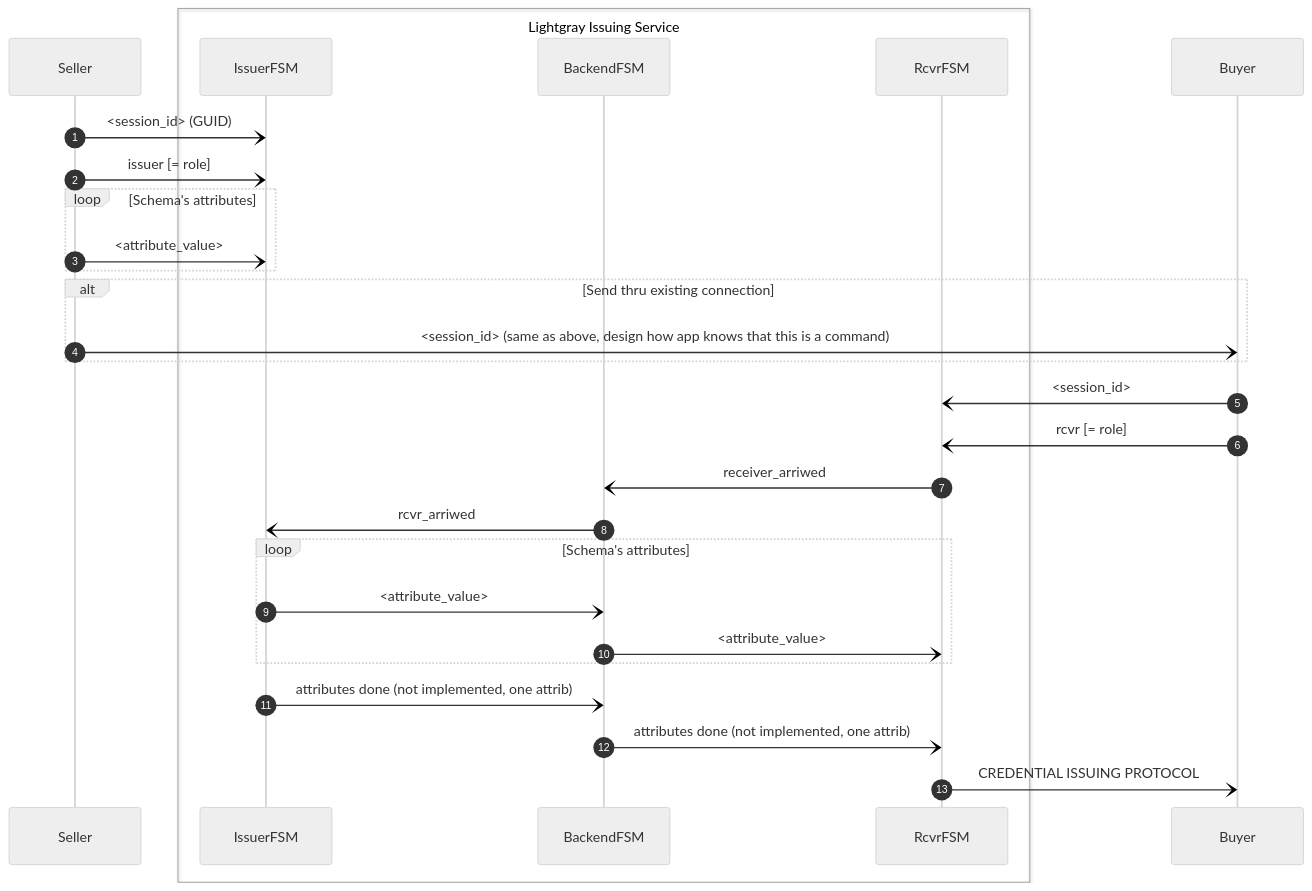
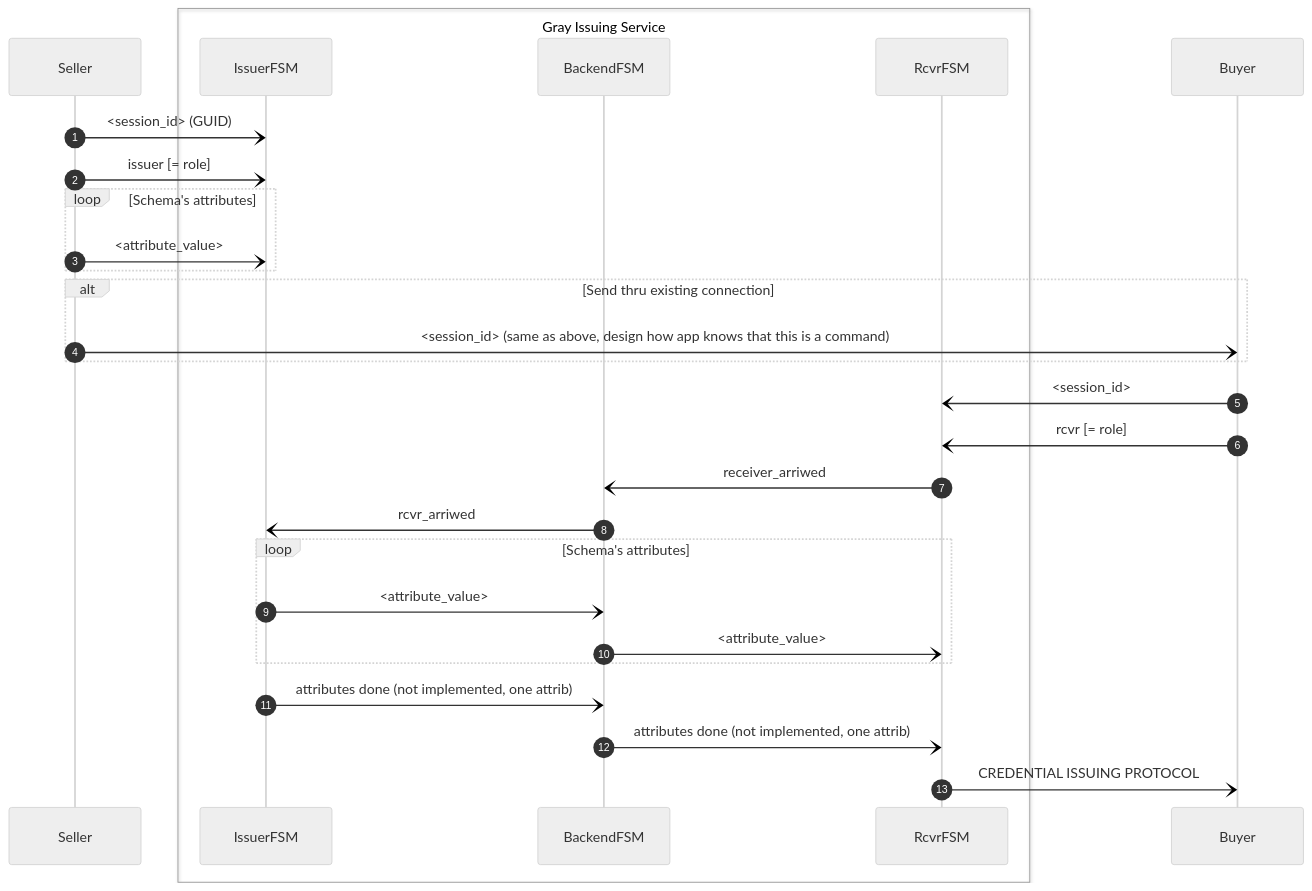
One commit to findy-network/findy-agent-cli changed the diagram in scripts/fullstack/fsm/README.md. Above: the diagram before and after it, drawn with Mermaid (neutral theme). The commit also changed other lines of this file, not shown here.

Commit message:
no Lightgray, use gray

````diff
--- a/scripts/fullstack/fsm/README.md
+++ b/scripts/fullstack/fsm/README.md
@@ -183,38 +183,38 @@
 ```mermaid
 sequenceDiagram
     autonumber
 
     participant Seller
 
-    box transparent Lightgray Issuing Service
+    box transparent Gray Issuing Service
     participant IssuerFSM
     participant BackendFSM
     participant RcvrFSM
     end
 
     participant Buyer
 
     Seller -) IssuerFSM: <session_id> (GUID)
     Seller -) IssuerFSM: issuer [= role]
     loop Schema's attributes
     Seller -) IssuerFSM: <attribute_value>
     end
 
     alt Send thru existing connection 
     Seller -) Buyer: <session_id> (same as above, design how app knows that this is a command)
     end
 
     Buyer -) RcvrFSM: <session_id>
     Buyer -) RcvrFSM: rcvr [= role]
 
     RcvrFSM -) BackendFSM: receiver_arriwed
     BackendFSM -) IssuerFSM: rcvr_arriwed
     loop Schema's attributes
     IssuerFSM -) BackendFSM: <attribute_value>
     BackendFSM -) RcvrFSM: <attribute_value>
     end
     IssuerFSM -) BackendFSM: attributes done (not implemented, one attrib)
     BackendFSM -) RcvrFSM: attributes done (not implemented, one attrib)
 
     RcvrFSM -) Buyer: CREDENTIAL ISSUING PROTOCOL
 ```
````
